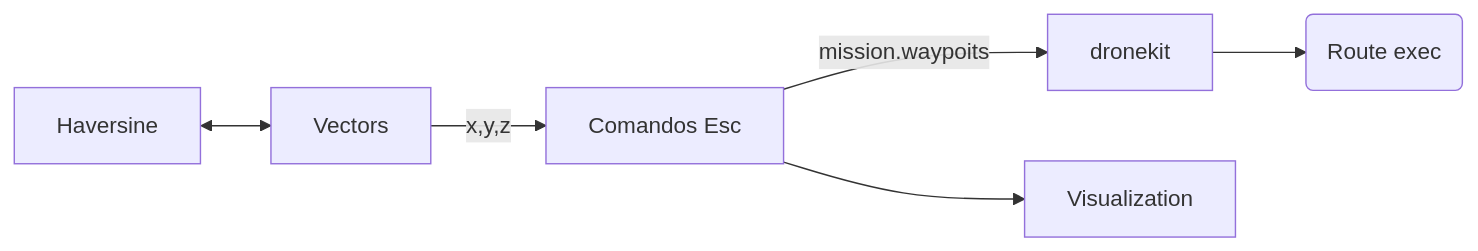
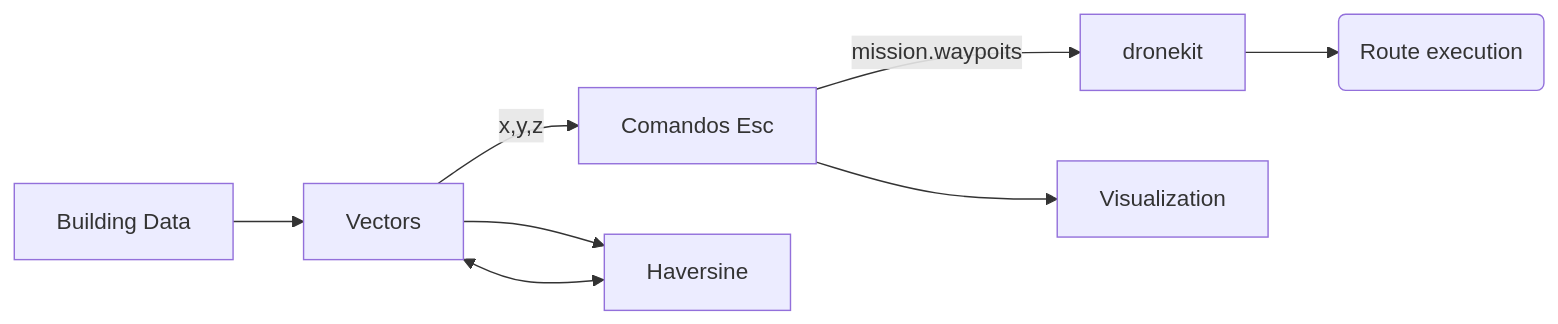
The diagram in README.md (vilamarcc/BEMSDroneKit), drawn with Mermaid before and after one commit. The commit also changed other lines of this file, not shown here.

````diff
--- a/README.md
+++ b/README.md
@@ -15,9 +23,9 @@
 ```mermaid
 graph LR
-E[Vectors] -- x,y,z --> F[Comandos Esc]-- mission.waypoits --> G[dronekit] --> H(Route exec)
+E[Vectors] -- x,y,z --> F[Comandos Esc]-- mission.waypoits --> G[dronekit] --> H(Route execution)
 
-I[Haversine] <--> E
+E -->I[Haversine] <--> E
 F--> A[Visualization]
-
+B[Building Data] --> E
 
 ```
````
